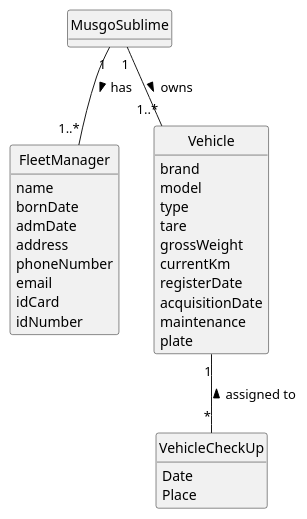
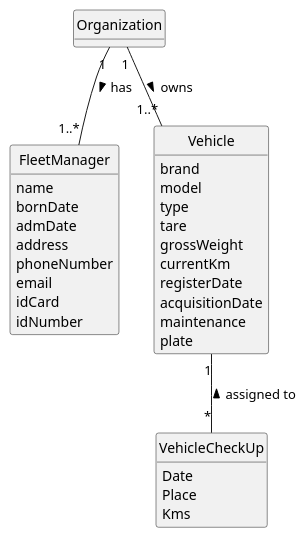
One commit to 1231360-ISEP/lei-24-s2-1db-g021 changed the diagram in docs/sprintA/us008/02.analysis/puml/us008-domain-model.puml. Above: the diagram before and after it, drawn with PlantUML. The commit also changed 7 other files, not shown here.

```diff
--- a/docs/sprintA/us008/02.analysis/puml/us008-domain-model.puml
+++ b/docs/sprintA/us008/02.analysis/puml/us008-domain-model.puml
@@ -1,49 +1,51 @@
 @startuml
 skinparam monochrome true
 skinparam packageStyle rectangle
 skinparam shadowing false
 
 'left to right direction
 
 skinparam classAttributeIconSize 0
 
 hide circle
 hide methods
 
 'title Domain Model
 
-class MusgoSublime {
+class Organization {
 }
+
 class FleetManager {
     name
     bornDate
     admDate
     address
     phoneNumber
     email
     idCard
     idNumber
 }
 
 class Vehicle {
     brand
     model
     type
     tare
     grossWeight
     currentKm
     registerDate
     acquisitionDate
     maintenance
     plate
 }
 
 class VehicleCheckUp {
     Date
     Place
+    Kms
 }
 
-MusgoSublime "1" -- "1..*" FleetManager : has >
-MusgoSublime "1" -- "1..*" Vehicle : owns >
+Organization "1" -- "1..*" FleetManager : has >
+Organization "1" -- "1..*" Vehicle : owns >
 Vehicle "1" -- "*" VehicleCheckUp : assigned to <
 @enduml
```
